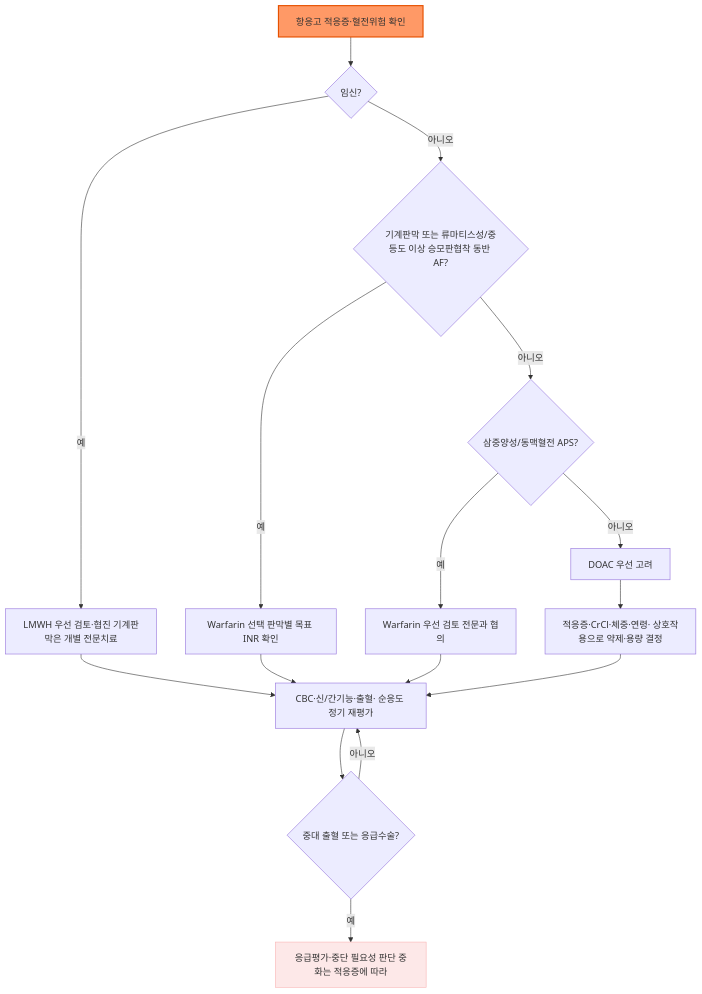
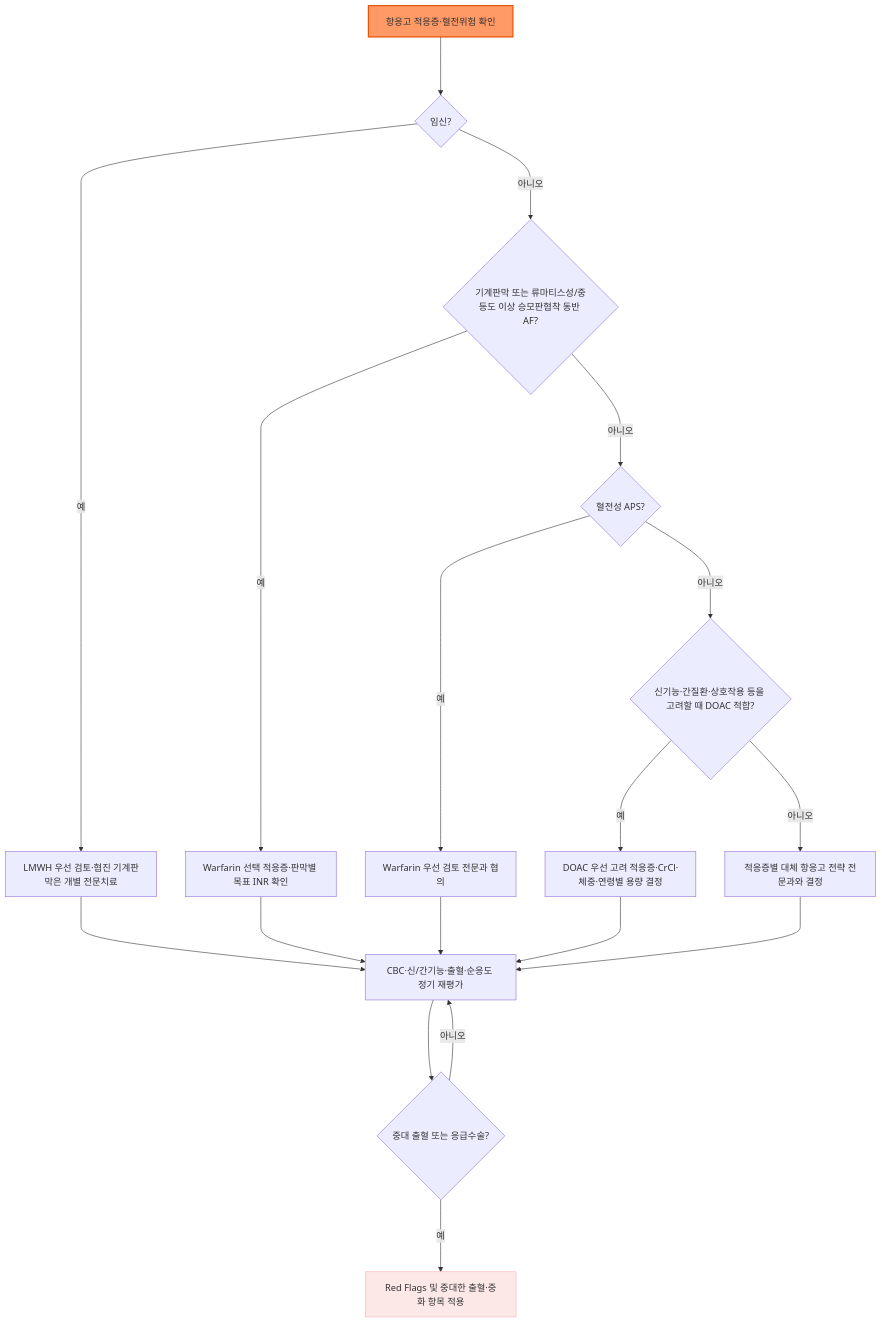
Before and after one commit to familyoh77/familyoh77: the diagram in 231_/214_-anti-thrombotics-anti-coagulants.md, drawn with Mermaid. The commit also changed other lines of this file, not shown here.

````diff
--- a/231_/214_-anti-thrombotics-anti-coagulants.md
+++ b/231_/214_-anti-thrombotics-anti-coagulants.md
@@ -81,21 +85,23 @@
 ```mermaid
 flowchart TD
-    A["항응고 적응증·혈전위험 확인"] --> P{"임신?"}
-    P -->|예| Q["LMWH 우선 검토·협진 기계판막은 개별 전문치료"]
-    P -->|아니오| B{"기계판막 또는 류마티스성/중등도 이상 승모판협착 동반 AF?"}
-    B -->|예| C["Warfarin 선택 판막별 목표 INR 확인"]
-    B -->|아니오| D{"삼중양성/동맥혈전 APS?"}
-    D -->|예| E["Warfarin 우선 검토 전문과 협의"]
-    D -->|아니오| F["DOAC 우선 고려"]
-    F --> G["적응증·CrCl·체중·연령· 상호작용으로 약제·용량 결정"]
-    C --> H["CBC·신/간기능·출혈· 순응도 정기 재평가"]
-    E --> H
-    Q --> H
-    G --> H
-    H --> I{"중대 출혈 또는 응급수술?"}
-    I -->|예| J["응급평가·중단 필요성 판단 중화는 적응증에 따라"]
-    I -->|아니오| H
+    A["항응고 적응증·혈전위험 확인"] ---> P{"임신?"}
+    P --->|예| Q["LMWH 우선 검토·협진 기계판막은 개별 전문치료"]
+    P --->|아니오| B{"기계판막 또는 류마티스성/중등도 이상 승모판협착 동반 AF?"}
+    B --->|예| C["Warfarin 선택 적응증·판막별 목표 INR 확인"]
+    B --->|아니오| D{"혈전성 APS?"}
+    D --->|예| E["Warfarin 우선 검토 전문과 협의"]
+    D --->|아니오| F{"신기능·간질환·상호작용 등을 고려할 때 DOAC 적합?"}
+    F --->|예| G["DOAC 우선 고려 적응증·CrCl·체중·연령별 용량 결정"]
+    F --->|아니오| K["적응증별 대체 항응고 전략 전문과와 결정"]
+    C ---> H["CBC·신/간기능·출혈·순응도 정기 재평가"]
+    E ---> H
+    Q ---> H
+    G ---> H
+    K ---> H
+    H ---> I{"중대 출혈 또는 응급수술?"}
+    I --->|예| J["Red Flags 및 중대한 출혈·중화 항목 적용"]
+    I --->|아니오| H
 
     style A fill:#f96,stroke:#e65100,stroke-width:2px
     style J fill:#fde8e8,stroke:#f8b4b4
 ```
````
